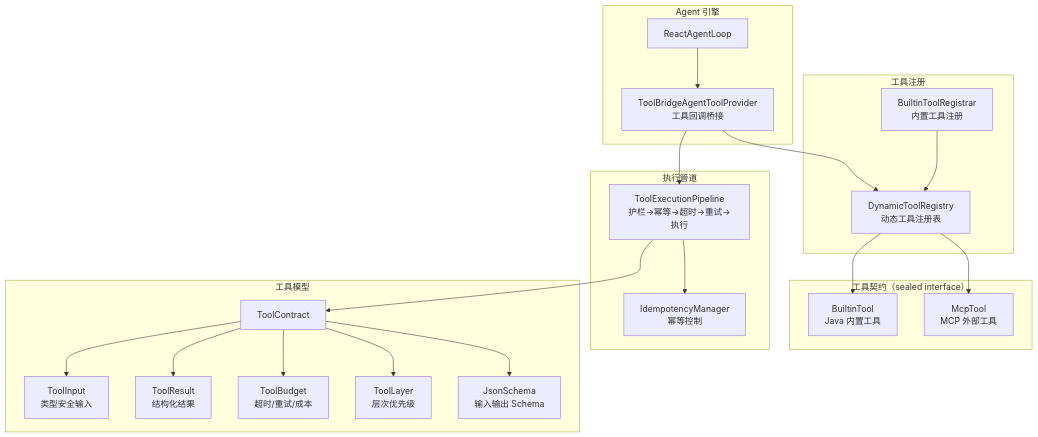
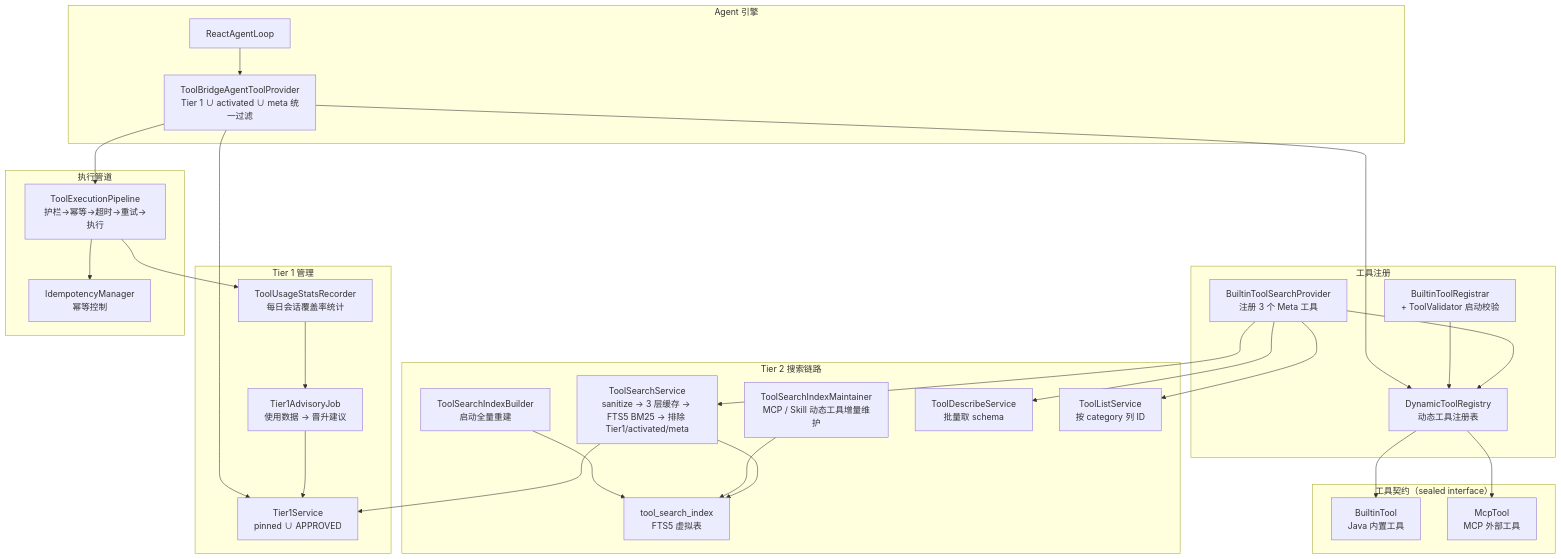
One commit to ntygod/LifePilot changed the first of 4 diagrams in docs/architecture/tool-ecosystem.md. Above: the diagram before and after it, drawn with Mermaid. The commit also changed other lines of this file and 263 other files, not shown here.

First line of the commit message:
feat(tool): 工具暴露机制重构（Tier 1 常驻 + BM25 搜索 + 3 个 meta 工具） (#94)

````diff
--- a/docs/architecture/tool-ecosystem.md
+++ b/docs/architecture/tool-ecosystem.md
@@ -16,44 +25,57 @@
 ```mermaid
 graph TB
     subgraph "Agent 引擎"
         AGENT["ReactAgentLoop"]
-        BRIDGE["ToolBridgeAgentToolProvider<br/>工具回调桥接"]
+        BRIDGE["ToolBridgeAgentToolProvider<br/>Tier 1 ∪ activated ∪ meta 统一过滤"]
     end
 
     subgraph "工具注册"
         REG["DynamicToolRegistry<br/>动态工具注册表"]
-        BUILTIN_REG["BuiltinToolRegistrar<br/>内置工具注册"]
+        BUILTIN_REG["BuiltinToolRegistrar<br/>+ ToolValidator 启动校验"]
+        META_REG["BuiltinToolSearchProvider<br/>注册 3 个 Meta 工具"]
     end
 
     subgraph "工具契约（sealed interface）"
         BUILTIN["BuiltinTool<br/>Java 内置工具"]
         MCP_TOOL["McpTool<br/>MCP 外部工具"]
     end
 
+    subgraph "Tier 1 管理"
+        TIER1_SVC["Tier1Service<br/>pinned ∪ APPROVED"]
+        ADVISORY["Tier1AdvisoryJob<br/>使用数据 → 晋升建议"]
+        USAGE["ToolUsageStatsRecorder<br/>每日会话覆盖率统计"]
+    end
+
+    subgraph "Tier 2 搜索链路"
+        INDEX_BUILD["ToolSearchIndexBuilder<br/>启动全量重建"]
+        INDEX_MAINT["ToolSearchIndexMaintainer<br/>MCP / Skill 动态工具增量维护"]
+        SEARCH_SVC["ToolSearchService<br/>sanitize → 3 层缓存 → FTS5 BM25 → 排除 Tier1/activated/meta"]
+        DESCRIBE_SVC["ToolDescribeService<br/>批量取 schema"]
+        LIST_SVC["ToolListService<br/>按 category 列 ID"]
+        FTS["tool_search_index<br/>FTS5 虚拟表"]
+    end
+
     subgraph "执行管道"
         PIPE["ToolExecutionPipeline<br/>护栏→幂等→超时→重试→执行"]
         IDEM["IdempotencyManager<br/>幂等控制"]
     end
 
-    subgraph "工具模型"
-        CONTRACT["ToolContract"]
-        INPUT["ToolInput<br/>类型安全输入"]
-        RESULT["ToolResult<br/>结构化结果"]
-        BUDGET["ToolBudget<br/>超时/重试/成本"]
-        LAYER["ToolLayer<br/>层次优先级"]
-        SCHEMA["JsonSchema<br/>输入输出 Schema"]
-    end
-
     AGENT --> BRIDGE --> REG
+    BRIDGE --> TIER1_SVC
     BUILTIN_REG --> REG
+    META_REG --> REG
     REG --> BUILTIN
     REG --> MCP_TOOL
     BRIDGE --> PIPE
     PIPE --> IDEM
-    PIPE --> CONTRACT
-    CONTRACT --> INPUT
-    CONTRACT --> RESULT
-    CONTRACT --> BUDGET
-    CONTRACT --> LAYER
-    CONTRACT --> SCHEMA
+    PIPE --> USAGE
+    USAGE --> ADVISORY
+    ADVISORY --> TIER1_SVC
+    INDEX_BUILD --> FTS
+    INDEX_MAINT --> FTS
+    SEARCH_SVC --> FTS
+    SEARCH_SVC --> TIER1_SVC
+    META_REG --> SEARCH_SVC
+    META_REG --> DESCRIBE_SVC
+    META_REG --> LIST_SVC
 ```
````
